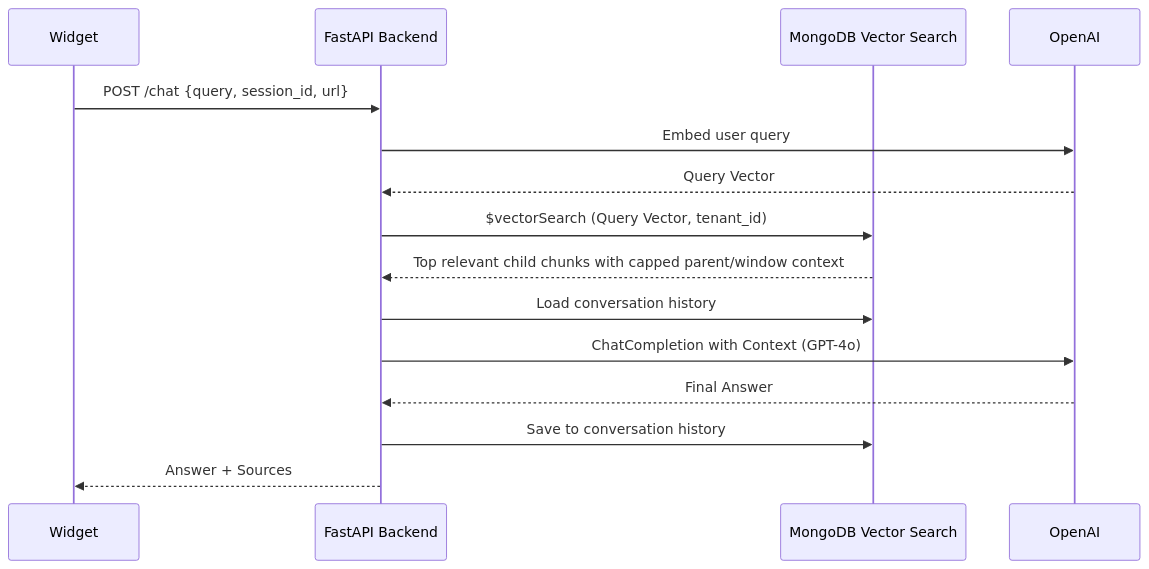
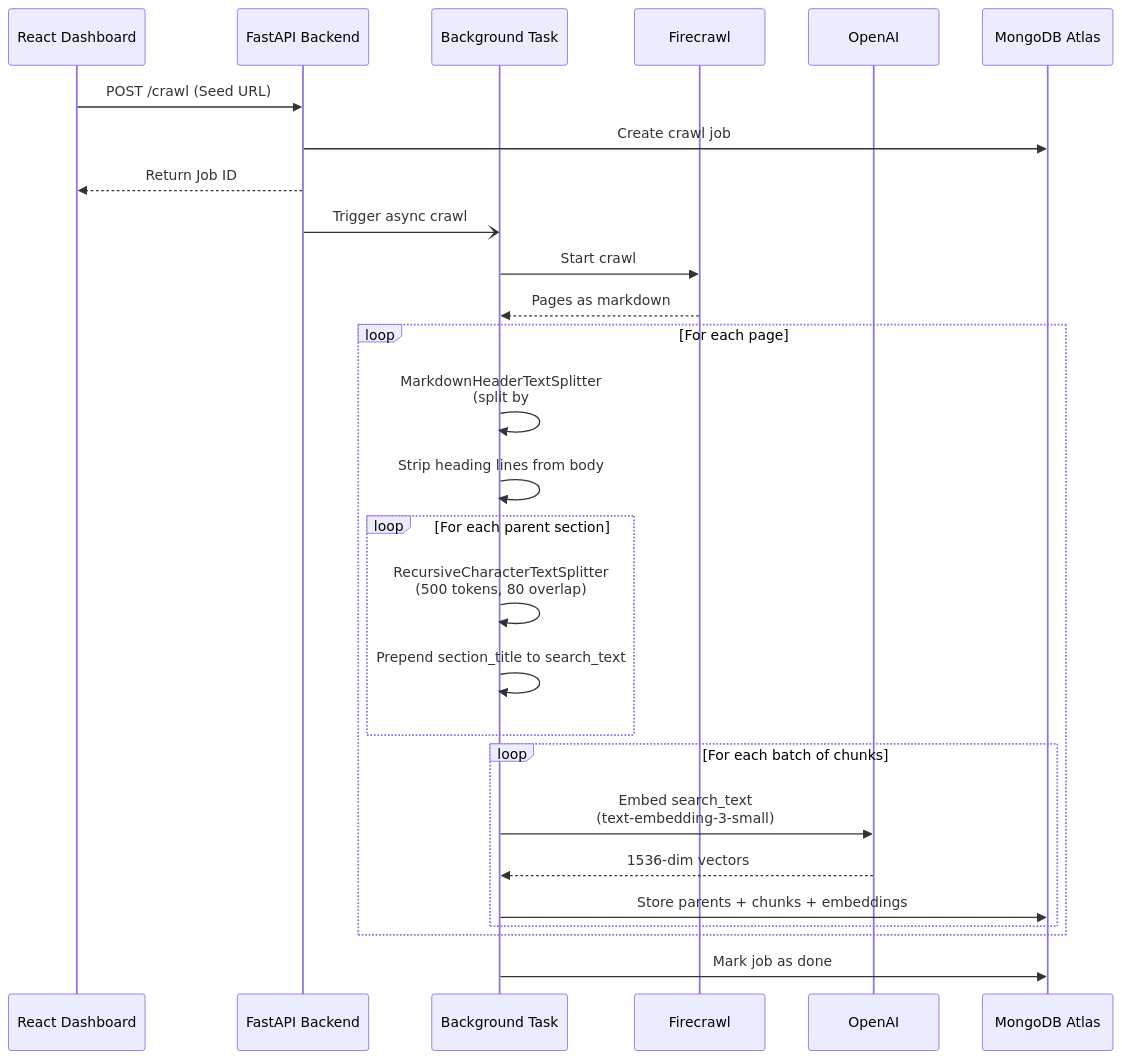
One commit to Himanshu-Jha-rgb/AI_Chatbot_widget changed the third of 4 diagrams in README.md. Above: the diagram before and after it, drawn with Mermaid. The commit also changed other lines of this file and 3 other files, not shown here.

Commit message:
feat: implement query rewriting and enhance search logic in chat API

````diff
--- a/README.md
+++ b/README.md
@@ -60,21 +71,35 @@
 ```mermaid
 sequenceDiagram
-    participant Widget
+    participant Dashboard as React Dashboard
     participant API as FastAPI Backend
-    participant DB as MongoDB Vector Search
+    participant Crawler as Background Task
+    participant Firecrawl
     participant OpenAI
+    participant DB as MongoDB Atlas
     
-    Widget->>API: POST /chat {query, session_id, url}
-    API->>OpenAI: Embed user query
-    OpenAI-->>API: Query Vector
+    Dashboard->>API: POST /crawl (Seed URL)
+    API->>DB: Create crawl job
+    API-->>Dashboard: Return Job ID
+    API-)Crawler: Trigger async crawl
     
-    API->>DB: $vectorSearch (Query Vector, tenant_id)
-    DB-->>API: Top relevant child chunks with capped parent/window context
-    API->>DB: Load conversation history
+    Crawler->>Firecrawl: Start crawl
+    Firecrawl-->>Crawler: Pages as markdown
     
-    API->>OpenAI: ChatCompletion with Context (GPT-4o)
-    OpenAI-->>API: Final Answer
+    loop For each page
+        Crawler->>Crawler: MarkdownHeaderTextSplitter<br/>(split by #/##/###/####)
+        Crawler->>Crawler: Strip heading lines from body
+        
+        loop For each parent section
+            Crawler->>Crawler: RecursiveCharacterTextSplitter<br/>(500 tokens, 80 overlap)
+            Crawler->>Crawler: Prepend section_title to search_text
+        end
+        
+        loop For each batch of chunks
+            Crawler->>OpenAI: Embed search_text<br/>(text-embedding-3-small)
+            OpenAI-->>Crawler: 1536-dim vectors
+            Crawler->>DB: Store parents + chunks + embeddings
+        end
+    end
     
-    API->>DB: Save to conversation history
-    API-->>Widget: Answer + Sources
+    Crawler->>DB: Mark job as done
 ```
````
